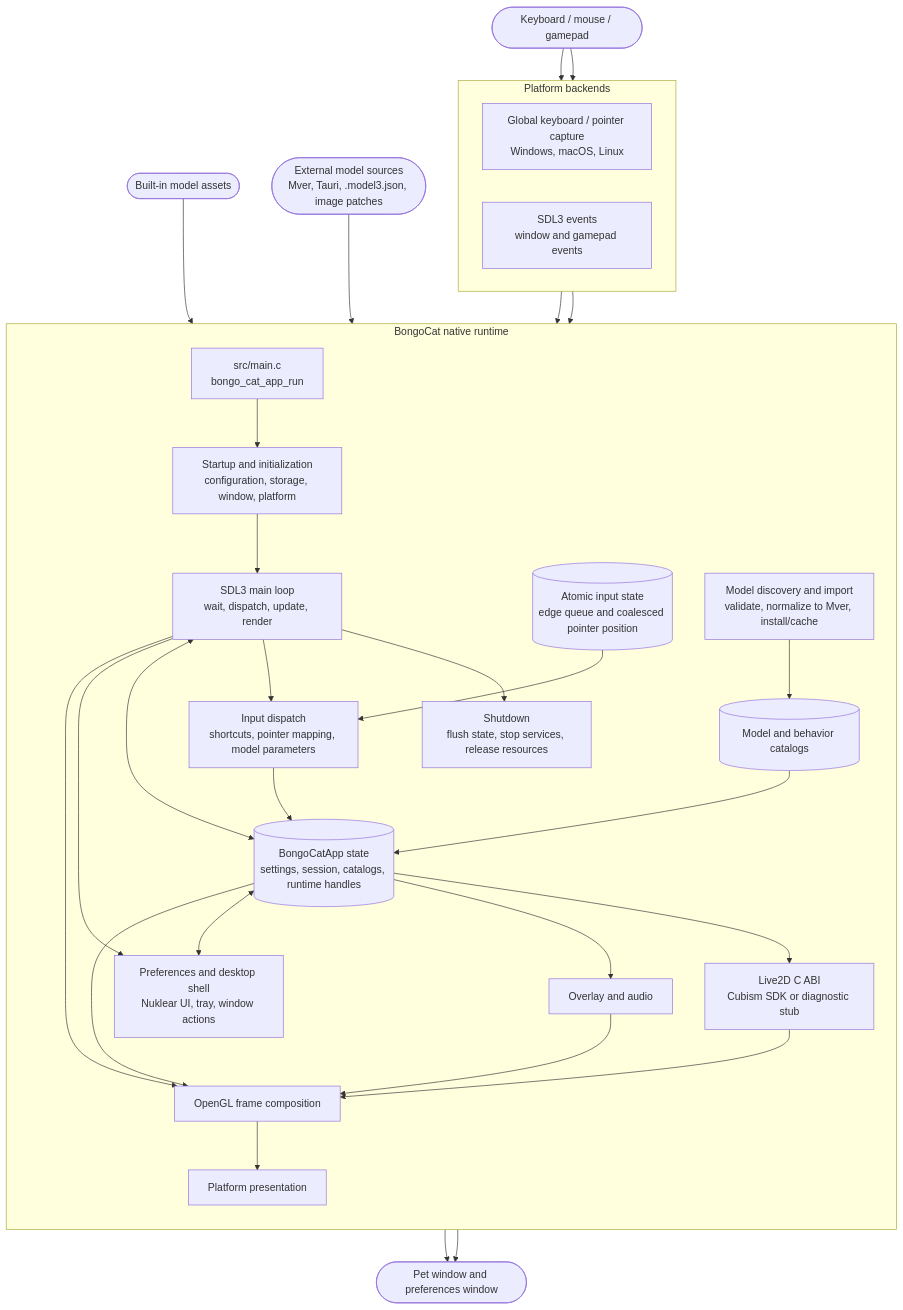
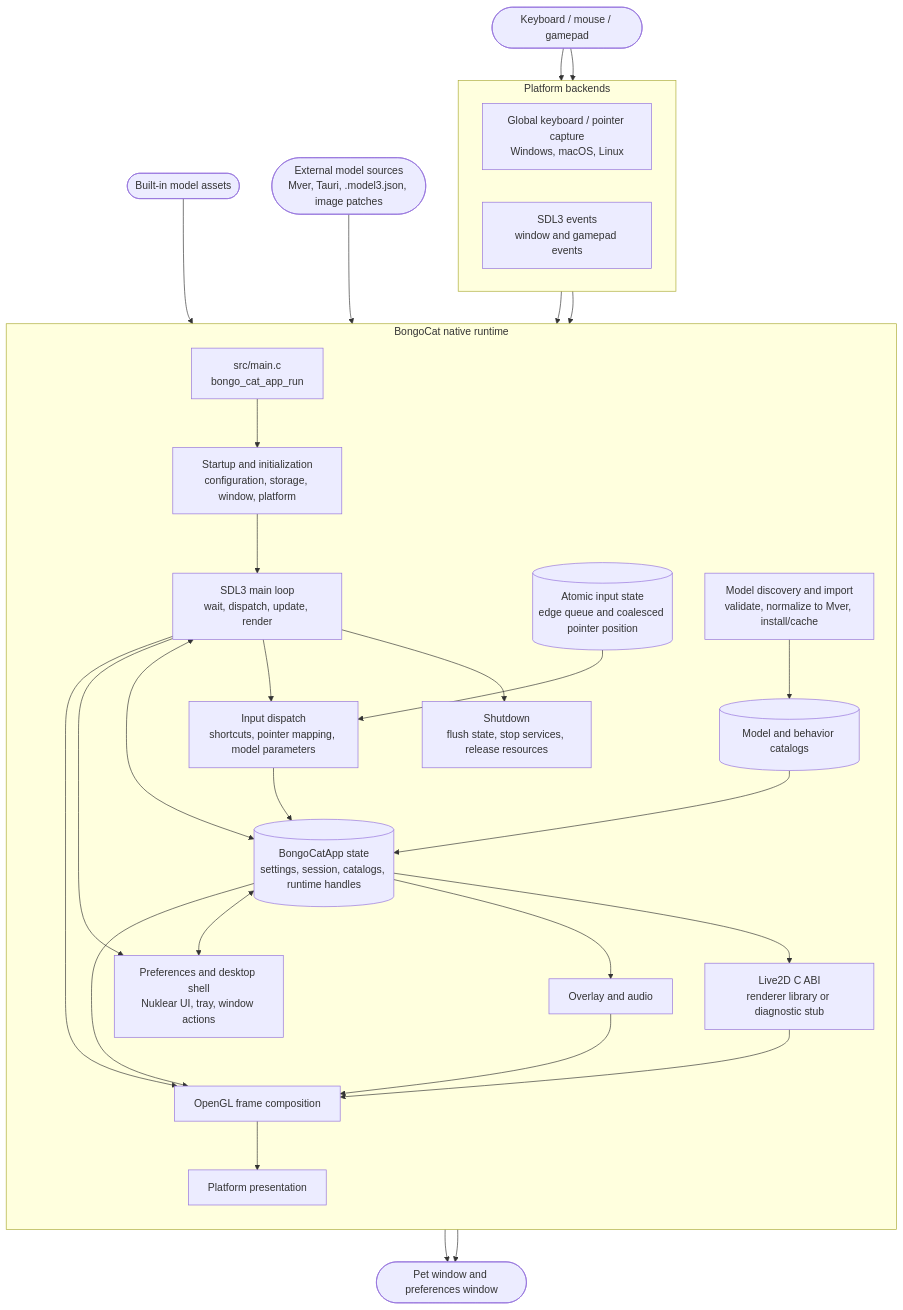
One commit to TianMengLucky/BongoCat-X changed the diagram in docs/README.en-US.md. Above: the diagram before and after it, drawn with Mermaid. The commit also changed other lines of this file and 62 other files, not shown here.

Commit message:
feat. Live2D SDK but Plugin mode

````diff
--- a/docs/README.en-US.md
+++ b/docs/README.en-US.md
@@ -301,53 +315,53 @@
 ```mermaid
 flowchart TB
   Input(["Keyboard / mouse / gamepad"])
   BuiltIn(["Built-in model assets"])
   Sources(["External model sources<br/>Mver, Tauri, .model3.json, image patches"])
   Desktop(["Pet window and preferences window"])
 
   subgraph Runtime["BongoCat native runtime"]
     direction TB
     Entry["src/main.c<br/>bongo_cat_app_run"]
     Startup["Startup and initialization<br/>configuration, storage, window, platform"]
     Loop["SDL3 main loop<br/>wait, dispatch, update, render"]
     Shutdown["Shutdown<br/>flush state, stop services, release resources"]
     InputQueue[("Atomic input state<br/>edge queue and coalesced pointer position")]
     InputDispatch["Input dispatch<br/>shortcuts, pointer mapping, model parameters"]
     State[("BongoCatApp state<br/>settings, session, catalogs, runtime handles")]
     Import["Model discovery and import<br/>validate, normalize to Mver, install/cache"]
     Catalog[("Model and behavior catalogs")]
-    Live2D["Live2D C ABI<br/>Cubism SDK or diagnostic stub"]
+    Live2D["Live2D C ABI<br/>renderer library or diagnostic stub"]
     Overlay["Overlay and audio"]
     Preferences["Preferences and desktop shell<br/>Nuklear UI, tray, window actions"]
     Compose["OpenGL frame composition"]
     Present["Platform presentation"]
 
     Entry --> Startup --> Loop
     Loop --> Shutdown
     Loop --> InputDispatch --> State
     Loop <--> State
     State --> Live2D
     State --> Overlay
     State <--> Preferences
     Loop --> Preferences
     Catalog --> State
     State --> Compose
     Live2D --> Compose
     Overlay --> Compose
     Compose --> Present
     Loop --> Compose
   end
 
   subgraph Platform["Platform backends"]
     direction LR
     Global["Global keyboard / pointer capture<br/>Windows, macOS, Linux"]
     SDL["SDL3 events<br/>window and gamepad events"]
   end
 
   Input --> Global --> InputQueue --> InputDispatch
   Input --> SDL --> Loop
   BuiltIn --> Catalog
   Sources --> Import --> Catalog
   Present --> Desktop
   Preferences --> Desktop
 ```
````
